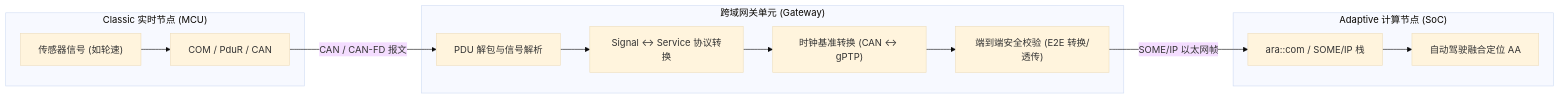
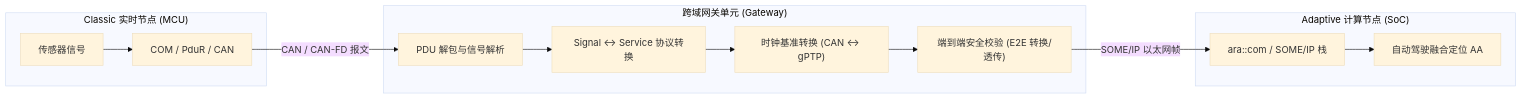
The ninth of 12 diagrams in content/autosar/autosar-adaptive.md (leehyon/garden), drawn with Mermaid (base theme) before and after one commit. The commit also changed other lines of this file and 1 other file, not shown here.

````diff
--- a/content/autosar/autosar-adaptive.md
+++ b/content/autosar/autosar-adaptive.md
@@ -341,28 +477,28 @@
 ```mermaid
 flowchart LR
     subgraph ClassicECU["Classic 实时节点 (MCU)"]
-        Sensor["传感器信号 (如轮速)"]
+        Sensor["传感器信号"]
         CANStack["COM / PduR / CAN"]
         Sensor --> CANStack
     end
 
     subgraph CentralGateway["跨域网关单元 (Gateway)"]
         PduParser["PDU 解包与信号解析"]
         SignalMapper["Signal ↔ Service 协议转换"]
         TimeSync["时钟基准转换 (CAN ↔ gPTP)"]
         E2E["端到端安全校验 (E2E 转换/透传)"]
         
         PduParser --> SignalMapper
         SignalMapper --> TimeSync
         TimeSync --> E2E
     end
 
     subgraph AdaptiveSoC["Adaptive 计算节点 (SoC)"]
         SOMEIPStack["ara::com / SOME/IP 栈"]
         App["自动驾驶融合定位 AA"]
         SOMEIPStack --> App
     end
 
     CANStack -->|"CAN / CAN-FD 报文"| PduParser
     E2E -->|"SOME/IP 以太网帧"| SOMEIPStack
 ```
````
